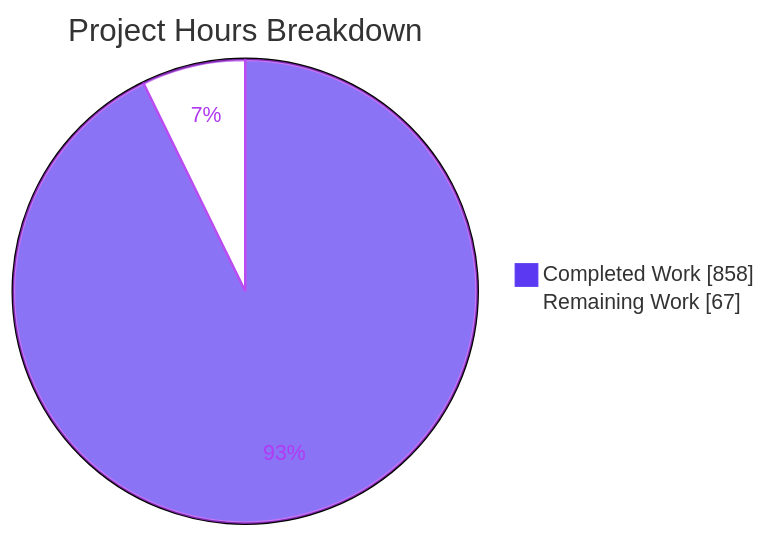
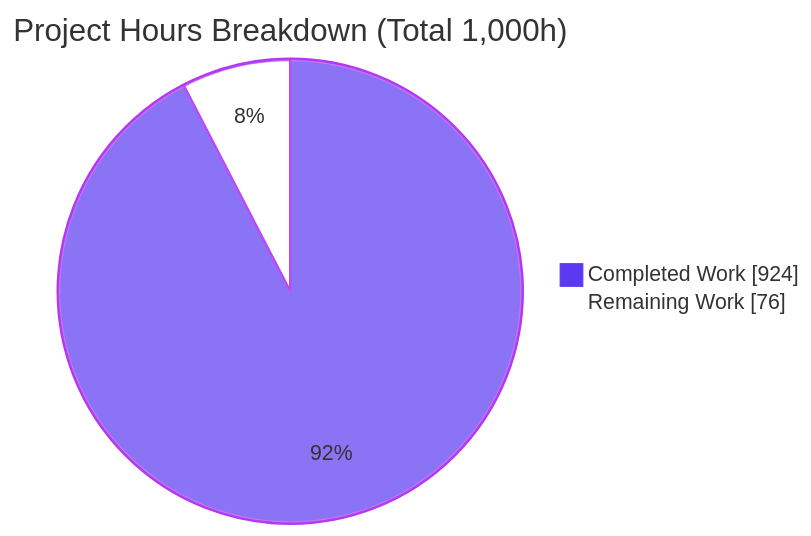
Before and after one commit to blitzy-public-samples/aws-carddemo-blitzy: the second of 3 diagrams in blitzy/documentation/Project Guide.md, drawn with Mermaid. The commit also changed other lines of this file, not shown here.

Commit message:
Adding Blitzy Project Guide: Project Status and Human Tasks Remaining

````diff
--- a/blitzy/documentation/Project Guide.md
+++ b/blitzy/documentation/Project Guide.md
@@ -244,6 +242,6 @@
 ```mermaid
-%%{init: {'theme':'base','themeVariables':{'pie1':'#5B39F3','pie2':'#FFFFFF','pieStrokeColor':'#B23AF2','pieOuterStrokeWidth':'2px','pieSectionTextColor':'#B23AF2'}}}%%
-pie showData title Project Hours Breakdown
-    "Completed Work" : 858
-    "Remaining Work" : 67
+%%{init: {'theme':'base', 'themeVariables':{'pie1':'#5B39F3','pie2':'#FFFFFF','pieStrokeColor':'#B23AF2','pieStrokeWidth':'2px','pieOuterStrokeColor':'#B23AF2'}}}%%
+pie showData title Project Hours Breakdown (Total 1,000h)
+    "Completed Work" : 924
+    "Remaining Work" : 76
 ```
````
